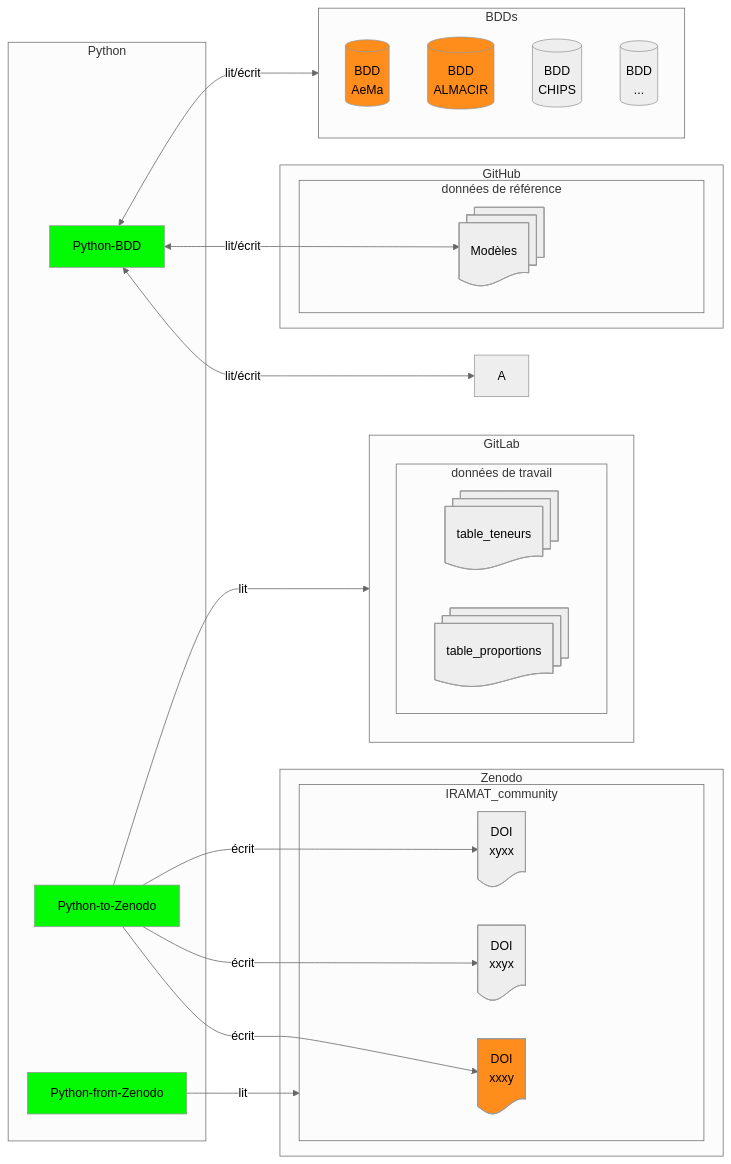
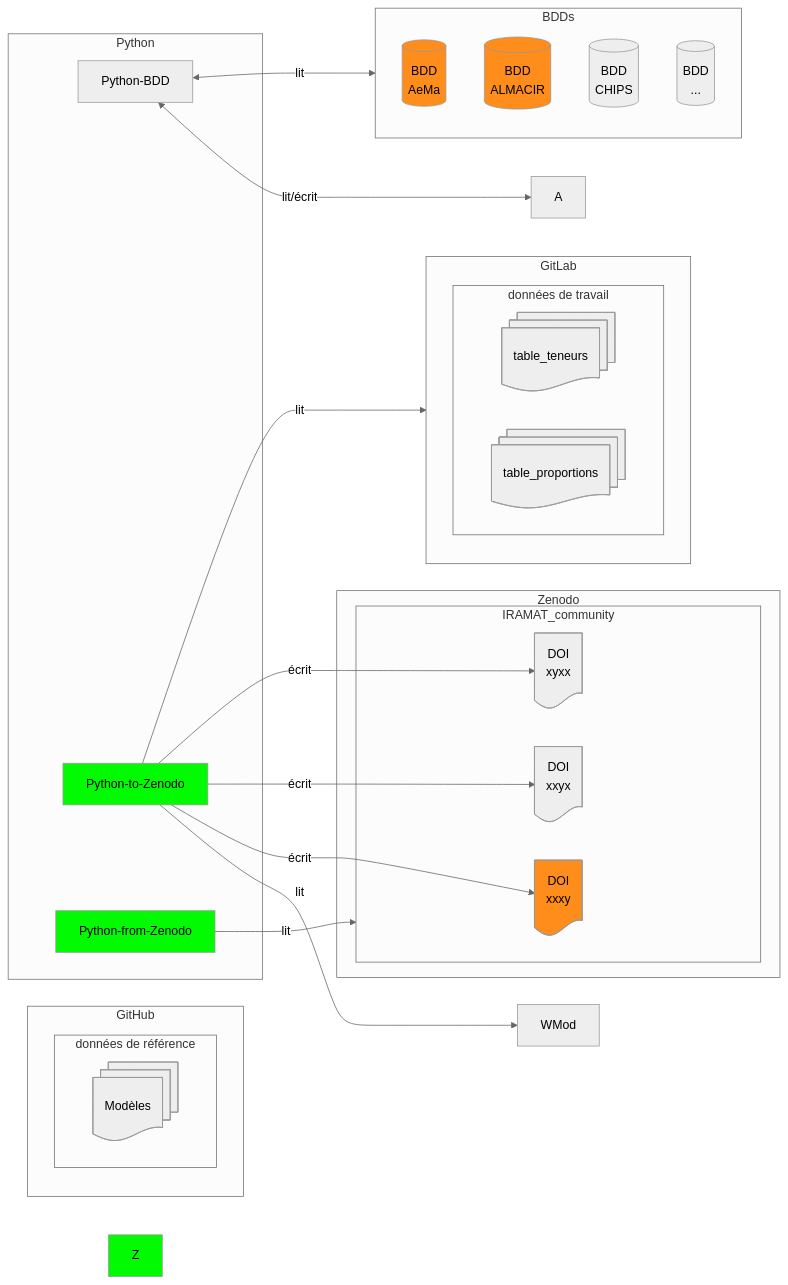
One commit to iramat/iramat-dev changed the first of 2 diagrams in dbs/README.md. Above: the diagram before and after it, drawn with Mermaid (neutral theme).

````diff
--- a/dbs/README.md
+++ b/dbs/README.md
@@ -5,46 +5,46 @@
 ```mermaid
 flowchart LR
     subgraph GitLab
         subgraph données de travail
             T1@{ shape: docs, label: "table_teneurs" }
             T2@{ shape: docs, label: "table_proportions" }
         end
     end
     subgraph GitHub
         subgraph données de référence
-            W@{ shape: docs, label: "Modèles" }
+            Mod@{ shape: docs, label: "Modèles" }
         end
     end
     subgraph Python
-        Z@{ procs: docs, label: "Python-BDD" }
+        PDB@{ procs: docs, label: "Python-BDD" }
         P2Z@{ procs: docs, label: "Python-to-Zenodo" }
         PfZ@{ procs: docs, label: "Python-from-Zenodo" }
     end
     subgraph BDDs
         B[(BDD<br>AeMa)]
         H[(BDD<br>ALMACIR)]
         C[(BDD<br>CHIPS)]
         D[(BDD<br>...)]
     end
-    Z <-- lit/écrit --> A;
-    Z <-- lit/écrit --> W;
+    PDB <-- lit/écrit --> A;
+    P2Z -- lit --> WMod;
     P2Z -- lit --> GitLab;
     subgraph Zenodo
         subgraph IRAMAT_community
             P2Z -- écrit --> E@{ shape: doc, label: "DOI<br>xxxy" }
             P2Z -- écrit --> F@{ shape: doc, label: "DOI<br>xxyx" }
             P2Z -- écrit --> G@{ shape: doc, label: "DOI<br>xyxx" }
         end
     end
-    Z <-- lit/écrit --> BDDs;
+    PDB <-- lit --> BDDs;
     PfZ -- lit --> IRAMAT_community
 
 
 click T1 "https://github.com/zoometh/iramat-test/blob/main/dbs/analysis_results.tsv" _blank
 style Z fill:#02fa02
 style P2Z fill:#02fa02
 style PfZ fill:#02fa02
 style B fill:#FF8D1B
 style H fill:#FF8D1B
 style E fill:#FF8D1B
 ```
````
